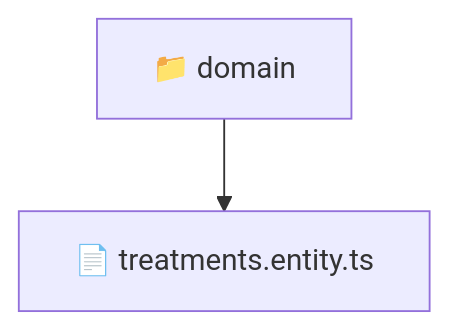
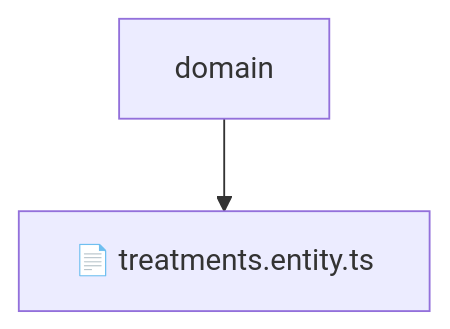
One commit to beginwebdev2002/fullstack-mavluda changed the diagram in backend/src/modules/treatments/domain/README.md. Above: the diagram before and after it, drawn with Mermaid. The commit also changed other lines of this file and 155 other files, not shown here.

````diff
--- a/backend/src/modules/treatments/domain/README.md
+++ b/backend/src/modules/treatments/domain/README.md
@@ -10,5 +14,5 @@
 ```mermaid
 graph TD
-  Root["📁 domain"]
-  Root --> treatmentsentityts["📄 treatments.entity.ts"]
+    Root[domain]
+    Root --> F0[📄 treatments.entity.ts]
 ```
````
